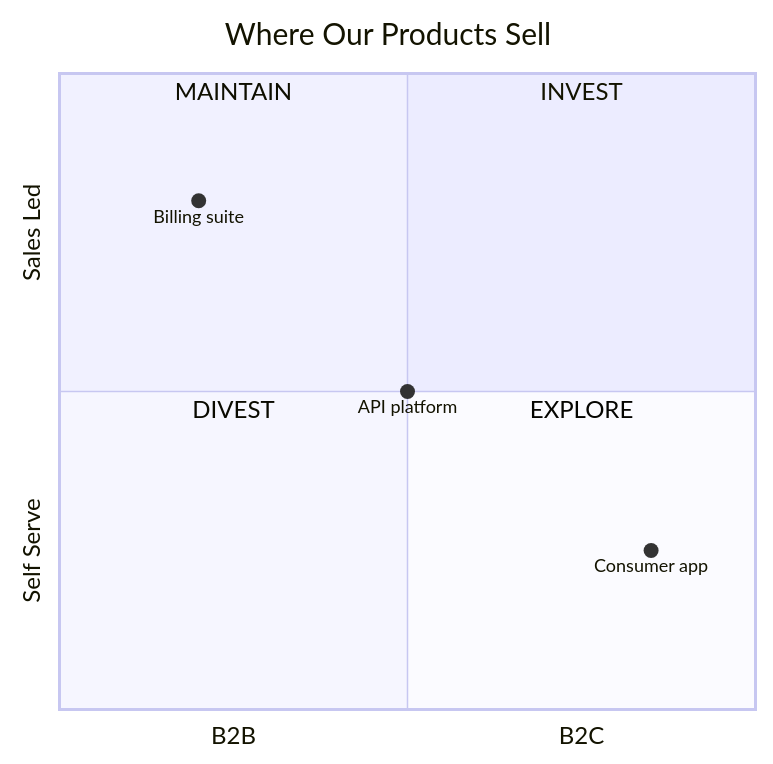
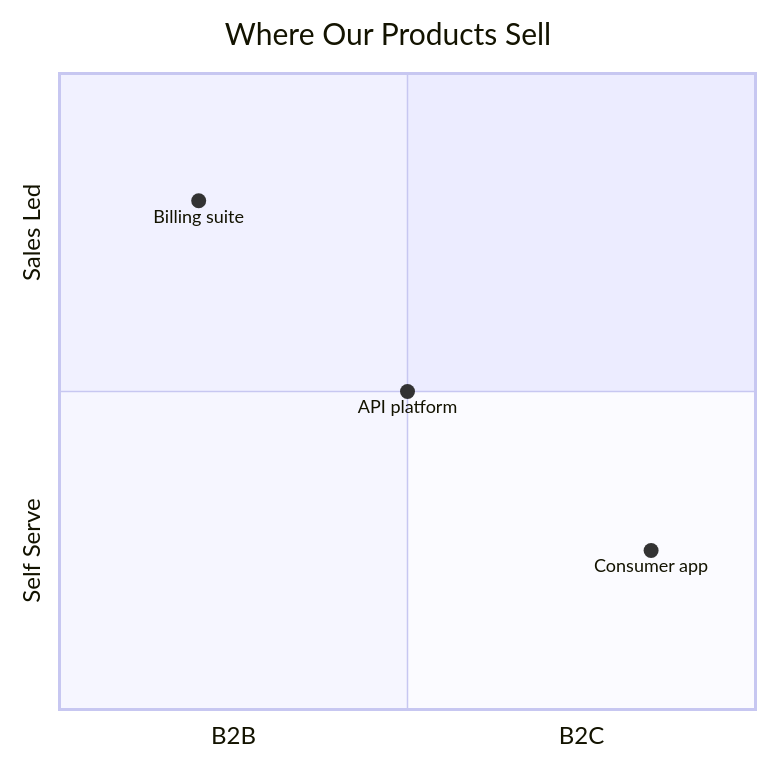
One commit to MacHu-GWU/shsk_mermaid_styles-project changed the first of 3 diagrams in .claude/skills/mermaid-styles/skills/explainer-diagrams/ref/patterns/quadrant.md. Above: the diagram before and after it, drawn with Mermaid. The commit also changed other lines of this file, not shown here.

````diff
--- a/.claude/skills/mermaid-styles/skills/explainer-diagrams/ref/patterns/quadrant.md
+++ b/.claude/skills/mermaid-styles/skills/explainer-diagrams/ref/patterns/quadrant.md
@@ -208,14 +214,10 @@
 ```mermaid
 %%{init: {"quadrantChart": {"xAxisPosition": "bottom"}}}%%
 quadrantChart
     title Where Our Products Sell
     x-axis B2B --> B2C
     y-axis Self Serve --> Sales Led
-    quadrant-1 INVEST
-    quadrant-2 MAINTAIN
-    quadrant-3 DIVEST
-    quadrant-4 EXPLORE
     Billing suite: [0.2, 0.8]
     Consumer app: [0.85, 0.25]
     API platform: [0.5, 0.5]
 ```
````
